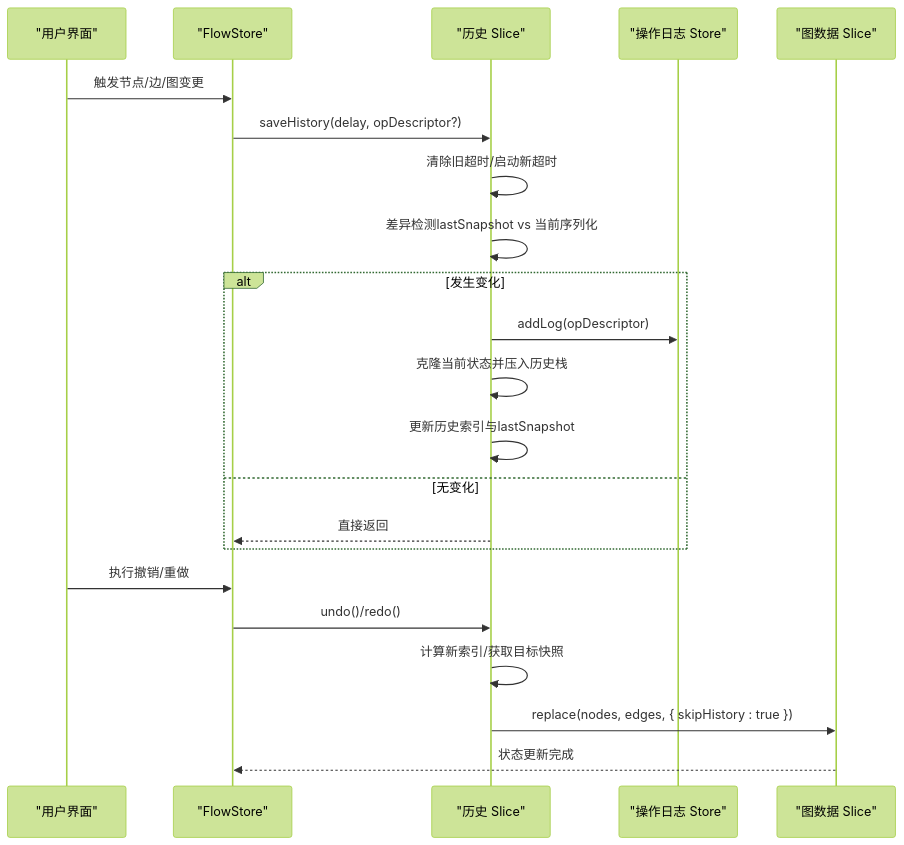
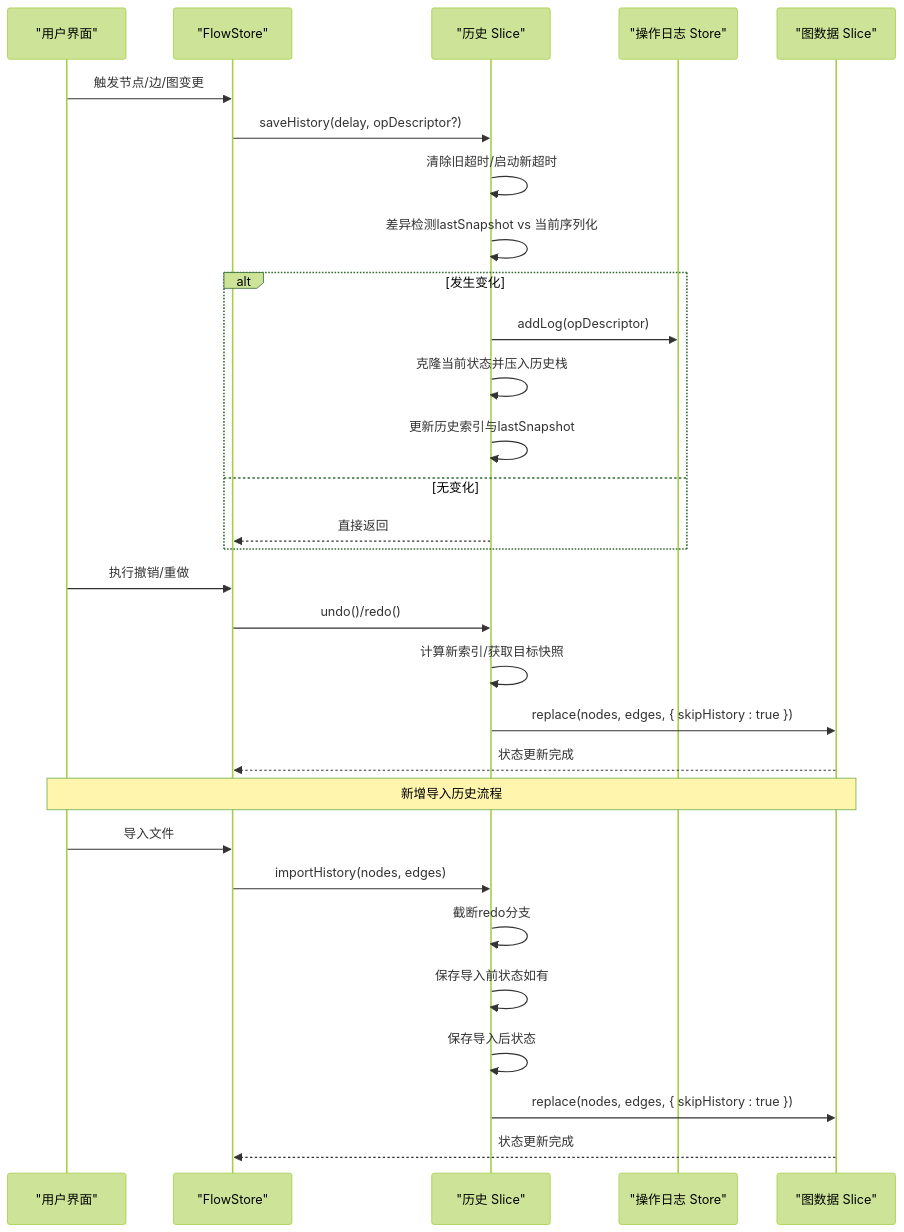
One commit to kqcoxn/MaaPipelineEditor changed the second of 6 diagrams in .qoder/repowiki/zh/content/状态管理系统/Flow Store 核心状态/历史状态管理 (historySlice).md. Above: the diagram before and after it, drawn with Mermaid (forest theme). The commit also changed other lines of this file and 37 other files, not shown here.

````diff
--- a/.qoder/repowiki/zh/content/状态管理系统/Flow Store 核心状态/历史状态管理 (historySlice).md
+++ b/.qoder/repowiki/zh/content/状态管理系统/Flow Store 核心状态/历史状态管理 (historySlice).md
@@ -81,24 +84,32 @@
 ```mermaid
 sequenceDiagram
 participant UI as "用户界面"
 participant Store as "FlowStore"
 participant Hist as "历史 Slice"
 participant OpLog as "操作日志 Store"
 participant Graph as "图数据 Slice"
 UI->>Store : 触发节点/边/图变更
 Store->>Hist : saveHistory(delay, opDescriptor?)
 Hist->>Hist : 清除旧超时/启动新超时
 Hist->>Hist : 差异检测lastSnapshot vs 当前序列化
 alt 发生变化
 Hist->>OpLog : addLog(opDescriptor)
 Hist->>Hist : 克隆当前状态并压入历史栈
 Hist->>Hist : 更新历史索引与lastSnapshot
 else 无变化
 Hist-->>Store : 直接返回
 end
 UI->>Store : 执行撤销/重做
 Store->>Hist : undo()/redo()
 Hist->>Hist : 计算新索引/获取目标快照
 Hist->>Graph : replace(nodes, edges, { skipHistory : true })
 Graph-->>Store : 状态更新完成
+Note over UI,Graph : 新增导入历史流程
+UI->>Store : 导入文件
+Store->>Hist : importHistory(nodes, edges)
+Hist->>Hist : 截断redo分支
+Hist->>Hist : 保存导入前状态如有
+Hist->>Hist : 保存导入后状态
+Hist->>Graph : replace(nodes, edges, { skipHistory : true })
+Graph-->>Store : 状态更新完成
 ```
````
